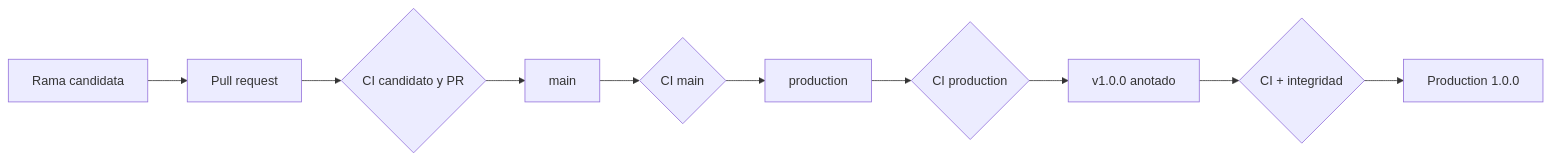
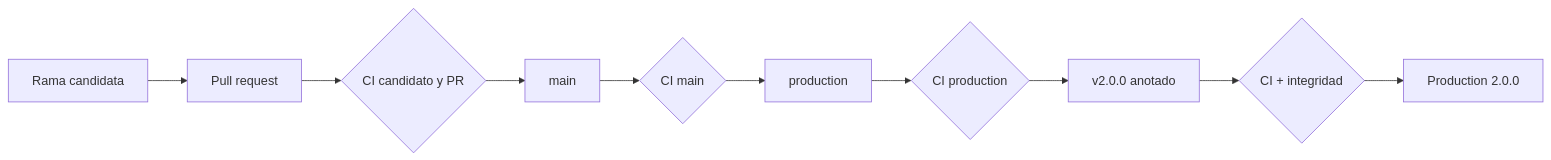
One commit to SolguardLabs/BastilleDTL changed the first of 2 diagrams in docs/despliegue.md. Above: the diagram before and after it, drawn with Mermaid. The commit also changed other lines of this file and 23 other files, not shown here.

````diff
--- a/docs/despliegue.md
+++ b/docs/despliegue.md
@@ -9,12 +9,12 @@
 ```mermaid
 flowchart LR
     Candidate["Rama candidata"] --> PR["Pull request"]
     PR --> CandidateCI{"CI candidato y PR"}
     CandidateCI --> Main["main"]
     Main --> MainCI{"CI main"}
     MainCI --> Production["production"]
     Production --> ProdCI{"CI production"}
-    ProdCI --> Tag["v1.0.0 anotado"]
+    ProdCI --> Tag["v2.0.0 anotado"]
     Tag --> TagCI{"CI + integridad"}
-    TagCI --> Release["Production 1.0.0"]
+    TagCI --> Release["Production 2.0.0"]
 ```
````
